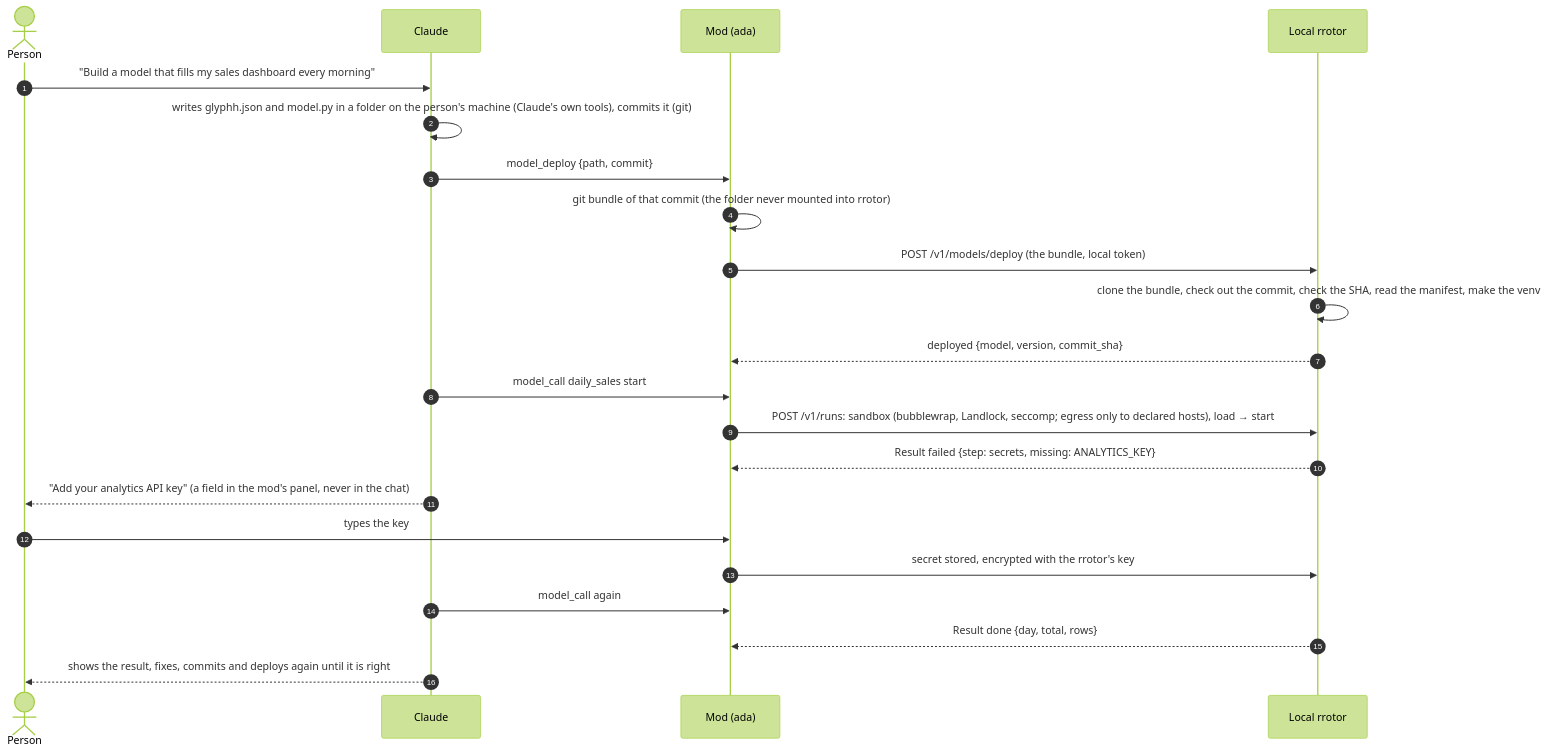
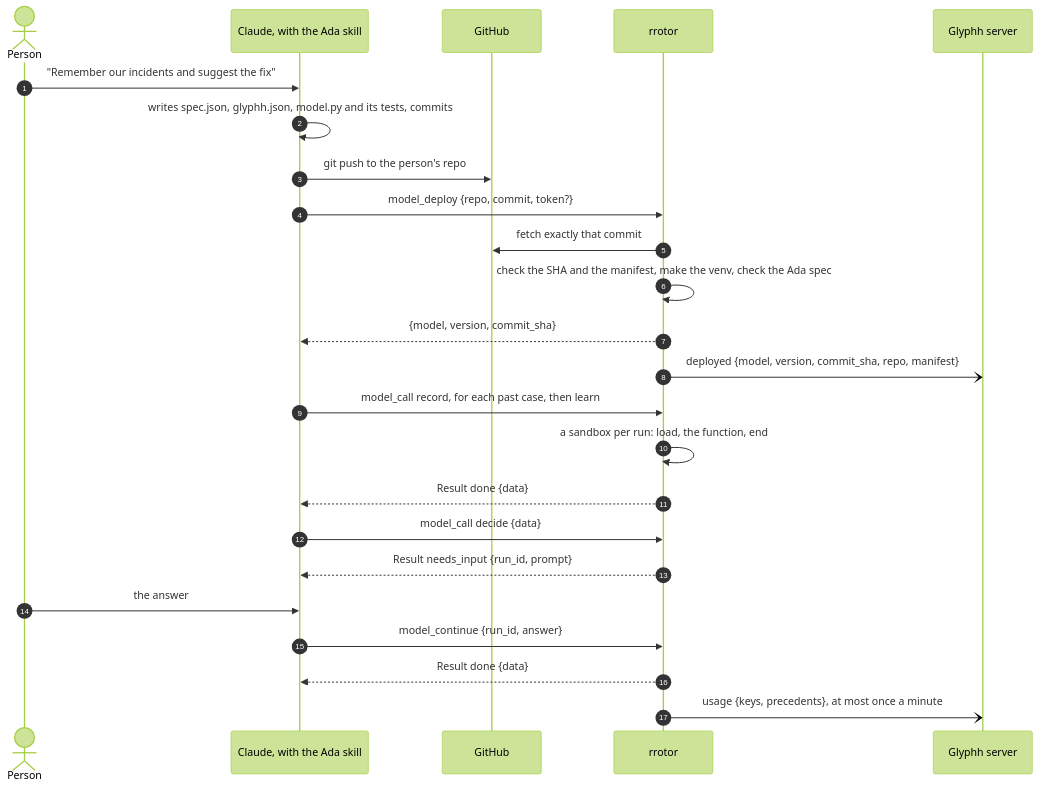
The second of 5 diagrams in docs/architecture.md (glyphh-ai/rrotor), drawn with Mermaid (forest theme) before and after one commit. The commit also changed other lines of this file and 17 other files, not shown here.

Commit message:
docs/architecture.md as rrotor works today: hosted and self-hosted runtimes reached as a connector, the Ada skill in the glyphh plugin, no mods; Not built yet in one place; diagrams redrawn

````diff
--- a/docs/architecture.md
+++ b/docs/architecture.md
@@ -207,24 +79,26 @@
 ```mermaid
 sequenceDiagram
     autonumber
     actor P as Person
-    participant C as Claude
-    participant M as Mod (ada)
-    participant R as Local rrotor
-    P->>C: "Build a model that fills my sales dashboard every morning"
-    C->>C: writes glyphh.json and model.py in a folder on the person's machine (Claude's own tools), commits it (git)
-    C->>M: model_deploy {path, commit}
-    M->>M: git bundle of that commit (the folder never mounted into rrotor)
-    M->>R: POST /v1/models/deploy (the bundle, local token)
-    R->>R: clone the bundle, check out the commit, check the SHA, read the manifest, make the venv
-    R-->>M: deployed {model, version, commit_sha}
-    C->>M: model_call daily_sales start
-    M->>R: POST /v1/runs: sandbox (bubblewrap, Landlock, seccomp#59; egress only to declared hosts), load → start
-    R-->>M: Result failed {step: secrets, missing: ANALYTICS_KEY}
-    C-->>P: "Add your analytics API key" (a field in the mod's panel, never in the chat)
-    P->>M: types the key
-    M->>R: secret stored, encrypted with the rrotor's key
-    C->>M: model_call again
-    R-->>M: Result done {day, total, rows}
-    C-->>P: shows the result, fixes, commits and deploys again until it is right
+    participant C as Claude, with the Ada skill
+    participant GH as GitHub
+    participant R as rrotor
+    participant G as Glyphh server
+    P->>C: "Remember our incidents and suggest the fix"
+    C->>C: writes spec.json, glyphh.json, model.py and its tests, commits
+    C->>GH: git push to the person's repo
+    C->>R: model_deploy {repo, commit, token?}
+    R->>GH: fetch exactly that commit
+    R->>R: check the SHA and the manifest, make the venv, check the Ada spec
+    R-->>C: {model, version, commit_sha}
+    R-)G: deployed {model, version, commit_sha, repo, manifest}
+    C->>R: model_call record, for each past case, then learn
+    R->>R: a sandbox per run: load, the function, end
+    R-->>C: Result done {data}
+    C->>R: model_call decide {data}
+    R-->>C: Result needs_input {run_id, prompt}
+    P->>C: the answer
+    C->>R: model_continue {run_id, answer}
+    R-->>C: Result done {data}
+    R-)G: usage {keys, precedents}, at most once a minute
 ```
````
